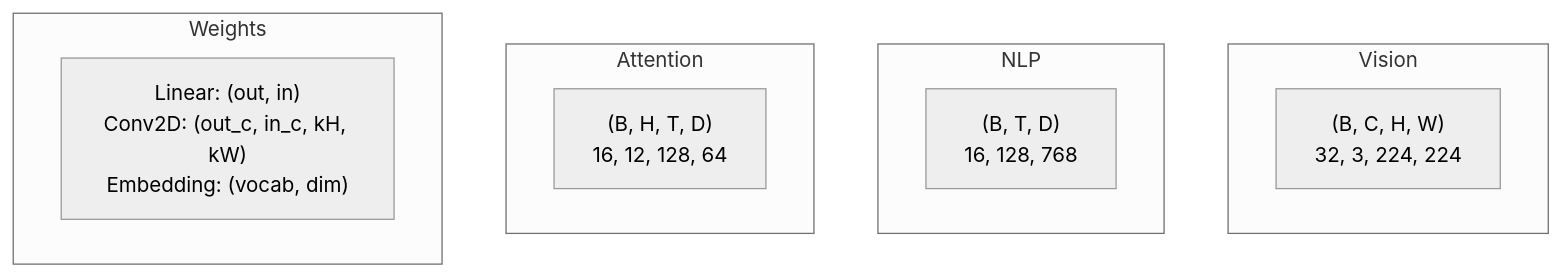
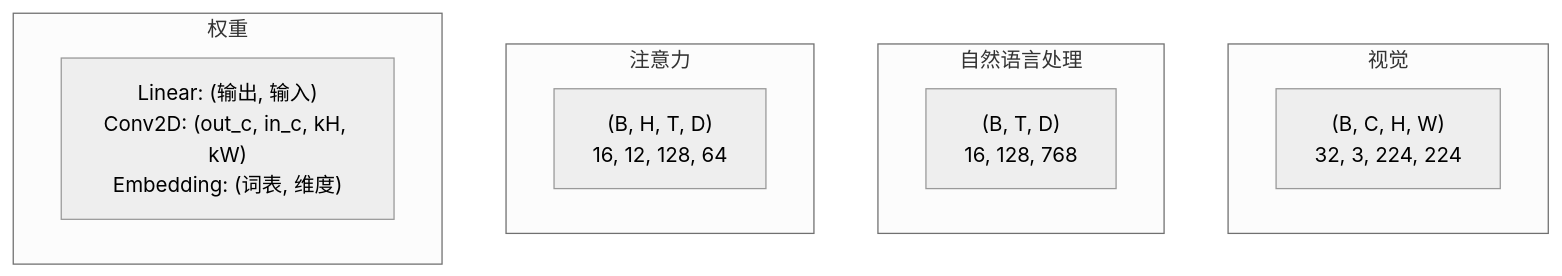
One commit to huangyue12120/Learning-Atlas changed the second of 4 diagrams in content/translations/practice/01-math-foundations/12-tensor-operations/zh.md. Above: the diagram before and after it, drawn with Mermaid (neutral theme). The commit also changed other lines of this file and 718 other files, not shown here.

````diff
--- a/content/translations/practice/01-math-foundations/12-tensor-operations/zh.md
+++ b/content/translations/practice/01-math-foundations/12-tensor-operations/zh.md
@@ -70,15 +78,15 @@
 ```mermaid
 graph TD
-    subgraph Vision
+    subgraph 视觉
         V1["(B, C, H, W)<br/>32, 3, 224, 224"]
     end
-    subgraph NLP
+    subgraph 自然语言处理
         N1["(B, T, D)<br/>16, 128, 768"]
     end
-    subgraph Attention
+    subgraph 注意力
         A1["(B, H, T, D)<br/>16, 12, 128, 64"]
     end
-    subgraph Weights
-        W1["Linear: (out, in)<br/>Conv2D: (out_c, in_c, kH, kW)<br/>Embedding: (vocab, dim)"]
+    subgraph 权重
+        W1["Linear: (输出, 输入)<br/>Conv2D: (out_c, in_c, kH, kW)<br/>Embedding: (词表, 维度)"]
     end
 ```
````
